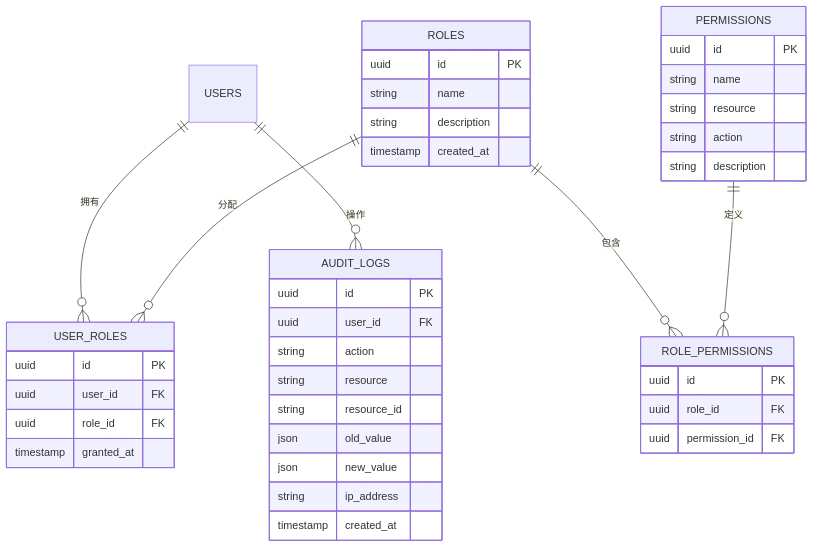
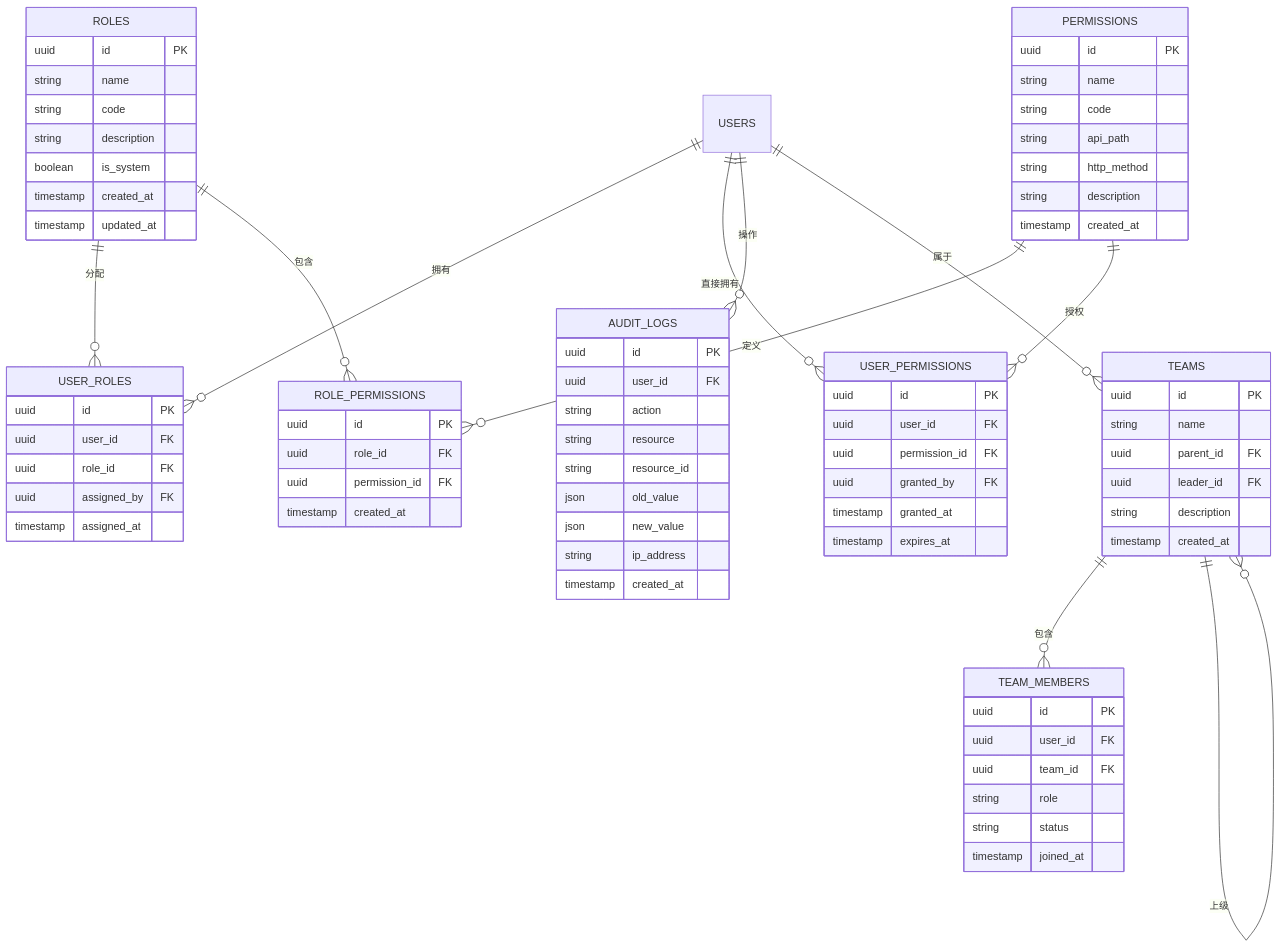
Before and after one commit to dayutech/Vuln-Audit-Lifecycle-Management: the eighth of 12 diagrams in docs/design/er_diagram.md, drawn with Mermaid. The commit also changed other lines of this file and 10 other files, not shown here.

````diff
--- a/docs/design/er_diagram.md
+++ b/docs/design/er_diagram.md
@@ -335,37 +392,76 @@
 ```mermaid
 erDiagram
     USERS ||--o{ USER_ROLES : "拥有"
+    USERS ||--o{ USER_PERMISSIONS : "直接拥有"
     ROLES ||--o{ USER_ROLES : "分配"
     ROLES ||--o{ ROLE_PERMISSIONS : "包含"
     PERMISSIONS ||--o{ ROLE_PERMISSIONS : "定义"
+    PERMISSIONS ||--o{ USER_PERMISSIONS : "授权"
     USERS ||--o{ AUDIT_LOGS : "操作"
+    TEAMS ||--o{ TEAM_MEMBERS : "包含"
+    TEAMS ||--o{ TEAMS : "上级"
+    USERS ||--o{ TEAMS : "属于"
     
     ROLES {
         uuid id PK
         string name
+        string code
         string description
+        boolean is_system
         timestamp created_at
+        timestamp updated_at
     }
     
     PERMISSIONS {
         uuid id PK
         string name
-        string resource
-        string action
+        string code
+        string api_path
+        string http_method
         string description
+        timestamp created_at
     }
     
     USER_ROLES {
         uuid id PK
         uuid user_id FK
         uuid role_id FK
+        uuid assigned_by FK
+        timestamp assigned_at
+    }
+    
+    USER_PERMISSIONS {
+        uuid id PK
+        uuid user_id FK
+        uuid permission_id FK
+        uuid granted_by FK
         timestamp granted_at
+        timestamp expires_at
     }
     
     ROLE_PERMISSIONS {
         uuid id PK
         uuid role_id FK
         uuid permission_id FK
+        timestamp created_at
+    }
+    
+    TEAMS {
+        uuid id PK
+        string name
+        uuid parent_id FK
+        uuid leader_id FK
+        string description
+        timestamp created_at
+    }
+    
+    TEAM_MEMBERS {
+        uuid id PK
+        uuid user_id FK
+        uuid team_id FK
+        string role
+        string status
+        timestamp joined_at
     }
     
     AUDIT_LOGS {
````
